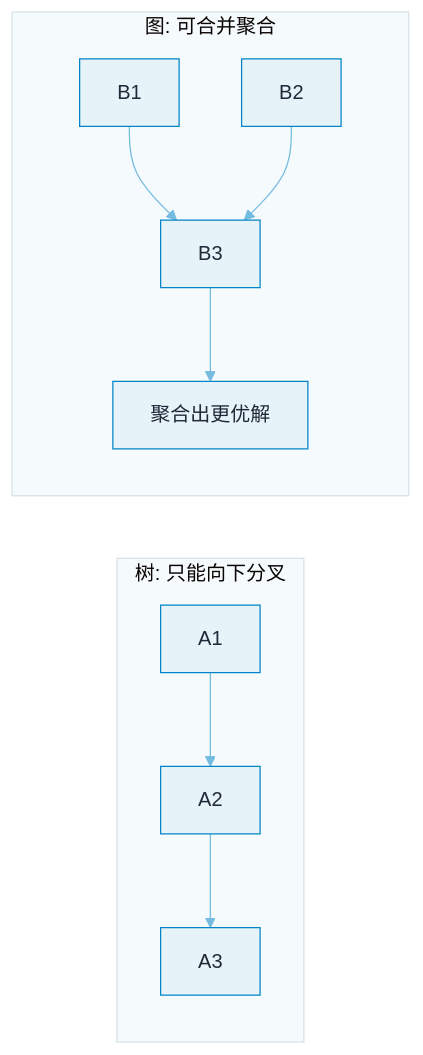
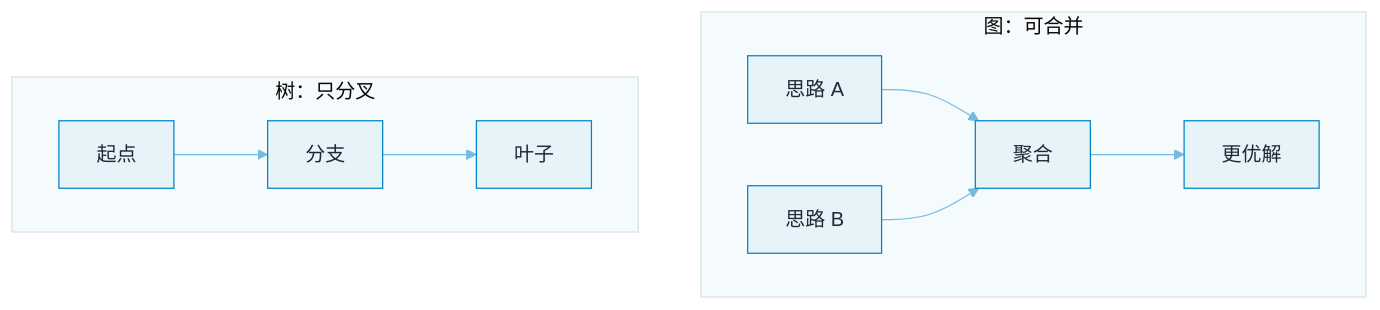
One commit to funny8kids/ai-agent-handbook changed the diagram in docs/04-prompt-reasoning/graph-of-thoughts.md. Above: the diagram before and after it, drawn with Mermaid. The commit also changed other lines of this file and 39 other files, not shown here.

First line of the commit message:
Round 15: re-measure all diagrams on GitBook's real mermaid version (11.14.0)

````diff
--- a/docs/04-prompt-reasoning/graph-of-thoughts.md
+++ b/docs/04-prompt-reasoning/graph-of-thoughts.md
@@ -52,12 +52,12 @@
 ```mermaid
 %%{init: {"theme":"base","themeVariables":{"primaryColor":"#E6F3F9","primaryBorderColor":"#0284C7","primaryTextColor":"#1F2937","secondaryColor":"#C7E4F3","tertiaryColor":"#F5FAFD","lineColor":"#74BBE0","actorBkg":"#EBF5FB","actorBorder":"#0284C7","actorTextColor":"#1F2937","signalColor":"#4EA9D8","noteBkgColor":"#D1E9F5","noteBorderColor":"#0284C7","noteTextColor":"#1F2937","labelBoxBkgColor":"#E6F3F9","labelBoxBorderColor":"#0284C7"}}}%%
-flowchart LR
-  subgraph ToT[树: 只能向下分叉]
-    A1 --> A2 --> A3
+flowchart TB
+  subgraph GoT["图：可合并"]
+    G0[思路 A] --> G2[聚合]
+    G1[思路 B] --> G2
+    G2 --> G3[更优解]
   end
-  subgraph GoT[图: 可合并聚合]
-    B1 --> B3
-    B2 --> B3
-    B3 --> B4[聚合出更优解]
+  subgraph ToT["树：只分叉"]
+    T0[起点] --> T1[分支] --> T2[叶子]
   end
 ```
````
